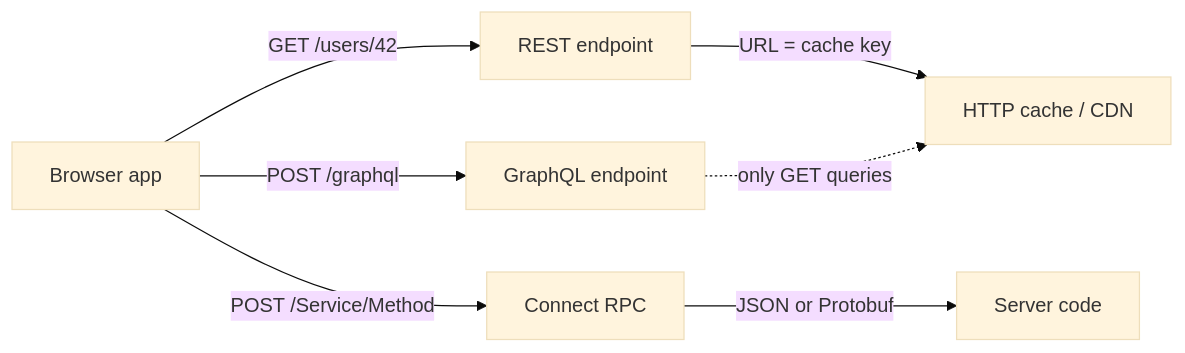
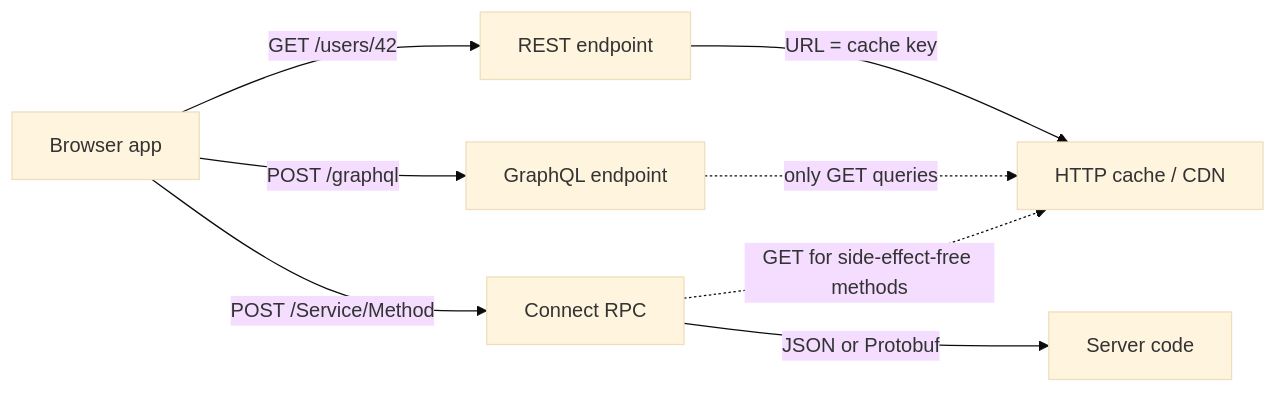
One commit to lakshay-testsigma/notes_management changed the diagram in vault/frontend-engineering/how-the-web-works/internet-and-networking/visuals/visual-api-style-map-internet-and-networking.md. Above: the diagram before and after it, drawn with Mermaid (base theme). The commit also changed other lines of this file and 40 other files, not shown here.

````diff
--- a/vault/frontend-engineering/how-the-web-works/internet-and-networking/visuals/visual-api-style-map-internet-and-networking.md
+++ b/vault/frontend-engineering/how-the-web-works/internet-and-networking/visuals/visual-api-style-map-internet-and-networking.md
@@ -15,10 +15,11 @@
 ```mermaid
 flowchart LR
   app["Browser app"]
   app -- "GET /users/42" --> rest["REST endpoint"]
   app -- "POST /graphql" --> gql["GraphQL endpoint"]
   app -- "POST /Service/Method" --> rpc["Connect RPC"]
   rest -- "URL = cache key" --> cache["HTTP cache / CDN"]
   gql -. "only GET queries" .-> cache
+  rpc -. "GET for side-effect-free methods" .-> cache
   rpc -- "JSON or Protobuf" --> server["Server code"]
 ```
````
